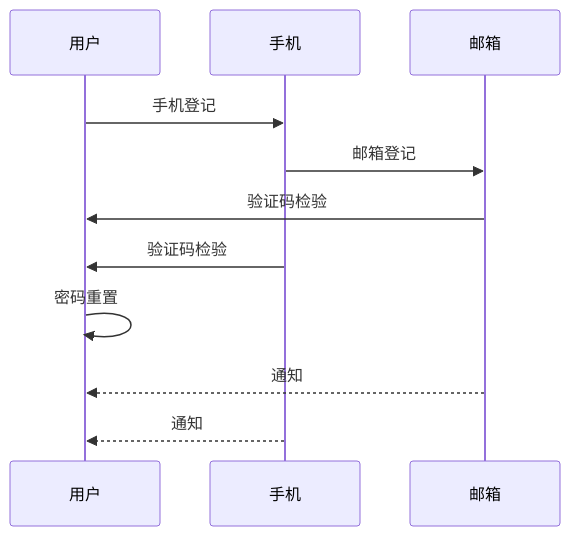
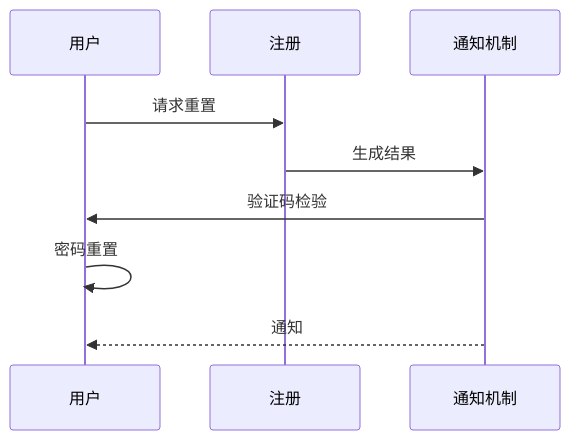
Before and after one commit to neomaclin/designdoc: the fourth of 15 diagrams in Readme.md, drawn with Mermaid. The commit also changed other lines of this file, not shown here.

````diff
--- a/Readme.md
+++ b/Readme.md
@@ -57,16 +74,14 @@
 ```mermaid
 
 sequenceDiagram
     participant u as 用户
-    participant p as 手机
-    participant m as 邮箱
+    participant r as 注册
+    participant n as 通知机制
 
-    u->>p: 手机登记
-    p->>m: 邮箱登记
-    m->>u: 验证码检验
-    p->>u: 验证码检验
+    u ->> r: 请求重置
+    r ->> n: 生成结果
+    n->>u: 验证码检验
     u->>u: 密码重置
-    m-->>u: 通知
-    p-->>u: 通知
+    n-->>u: 通知
 
 ```
````
